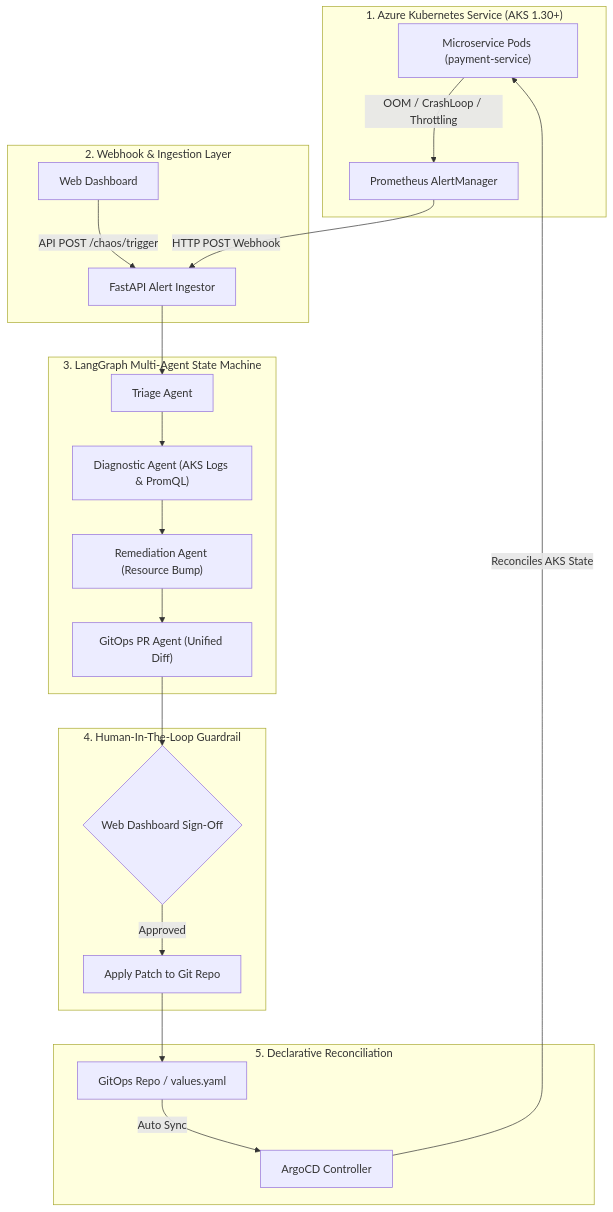
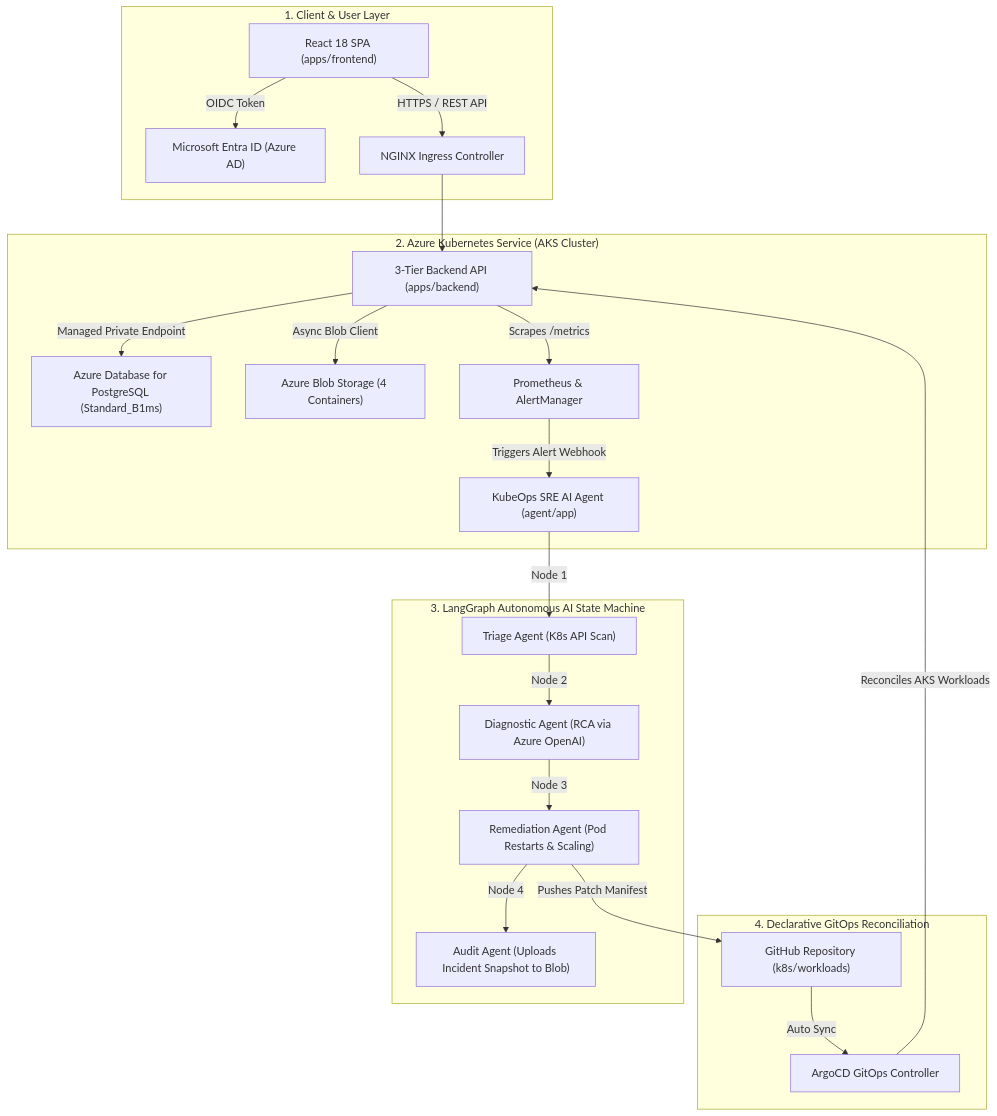
One commit to cloude-user/KubeOps-Aegis changed the diagram in README.md. Above: the diagram before and after it, drawn with Mermaid. The commit also changed other lines of this file and 94 other files, not shown here.

````diff
--- a/README.md
+++ b/README.md
@@ -16,29 +16,29 @@
 ```mermaid
 flowchart TD
-    subgraph AKSCluster["1. Azure Kubernetes Service (AKS 1.30+)"]
-        Pods["Microservice Pods (payment-service)"] -->|OOM / CrashLoop / Throttling| Prom["Prometheus AlertManager"]
+    subgraph ClientLayer["1. Client & User Layer"]
+        ReactUI["React 18 SPA (apps/frontend)"] -->|OIDC Token| EntraID["Microsoft Entra ID (Azure AD)"]
+        ReactUI -->|HTTPS / REST API| Ingress["NGINX Ingress Controller"]
     end
 
-    subgraph Ingestion["2. Webhook & Ingestion Layer"]
-        Prom -->|HTTP POST Webhook| Ingest["FastAPI Alert Ingestor"]
-        UIChaos["Web Dashboard"] -->|API POST /chaos/trigger| Ingest
+    subgraph AKSCluster["2. Azure Kubernetes Service (AKS Cluster)"]
+        Ingress --> AppService["3-Tier Backend API (apps/backend)"]
+        AppService -->|Managed Private Endpoint| AzurePSQL["Azure Database for PostgreSQL (Standard_B1ms)"]
+        AppService -->|Async Blob Client| AzureBlob["Azure Blob Storage (4 Containers)"]
+        
+        AppService -->|Scrapes /metrics| Prom["Prometheus & AlertManager"]
+        Prom -->|Triggers Alert Webhook| Agent["KubeOps SRE AI Agent (agent/app)"]
     end
 
-    subgraph LangGraphEngine["3. LangGraph Multi-Agent State Machine"]
-        Ingest --> Triage["Triage Agent"]
-        Triage --> Diagnostic["Diagnostic Agent (AKS Logs & PromQL)"]
-        Diagnostic --> Remediation["Remediation Agent (Resource Bump)"]
-        Remediation --> GitOpsAgent["GitOps PR Agent (Unified Diff)"]
+    subgraph AIStateGraph["3. LangGraph Autonomous AI State Machine"]
+        Agent -->|Node 1| Triage["Triage Agent (K8s API Scan)"]
+        Triage -->|Node 2| Diagnostic["Diagnostic Agent (RCA via Azure OpenAI)"]
+        Diagnostic -->|Node 3| Remediate["Remediation Agent (Pod Restarts & Scaling)"]
+        Remediate -->|Node 4| Audit["Audit Agent (Uploads Incident Snapshot to Blob)"]
     end
 
-    subgraph HITL["4. Human-In-The-Loop Guardrail"]
-        GitOpsAgent --> HITLCheck{"Web Dashboard Sign-Off"}
-        HITLCheck -->|Approved| ApplyNode["Apply Patch to Git Repo"]
-    end
-
-    subgraph Reconciliation["5. Declarative Reconciliation"]
-        ApplyNode --> GitRepo["GitOps Repo / values.yaml"]
-        GitRepo -->|Auto Sync| ArgoCD["ArgoCD Controller"]
-        ArgoCD -->|Reconciles AKS State| Pods
+    subgraph GitOpsReconciliation["4. Declarative GitOps Reconciliation"]
+        Remediate -->|Pushes Patch Manifest| GitRepo["GitHub Repository (k8s/workloads)"]
+        GitRepo -->|Auto Sync| ArgoCD["ArgoCD GitOps Controller"]
+        ArgoCD -->|Reconciles AKS Workloads| AppService
     end
 ```
````
